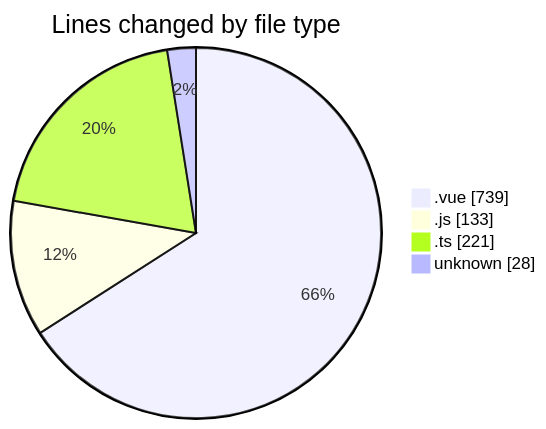
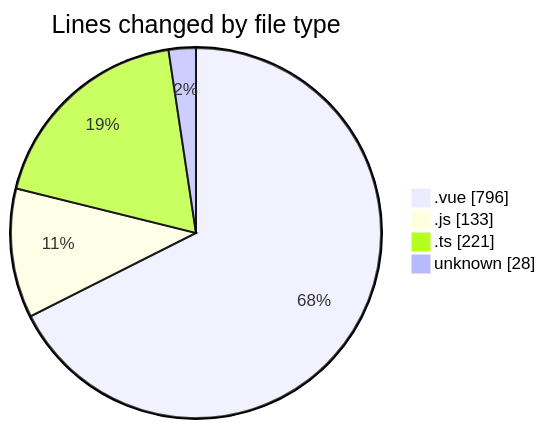
The first of 2 diagrams in 2025-08-11/rentotp/README.md (lephambinh05/code-tracking), drawn with Mermaid before and after one commit. The commit also changed other lines of this file and 1 other file, not shown here.

````diff
--- a/2025-08-11/rentotp/README.md
+++ b/2025-08-11/rentotp/README.md
@@ -28,8 +28,8 @@
 ```mermaid
 pie showData
 title Lines changed by file type
-".vue" : 739
+".vue" : 796
 ".js" : 133
 ".ts" : 221
 "unknown" : 28
 ```
````
